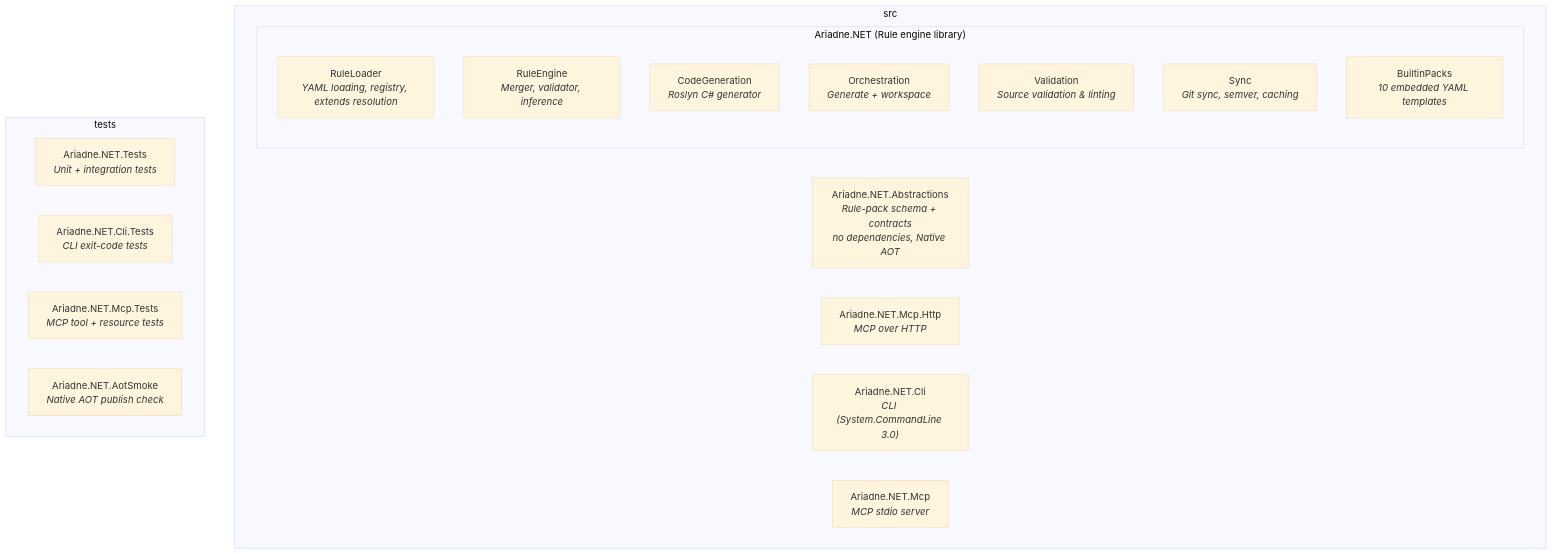
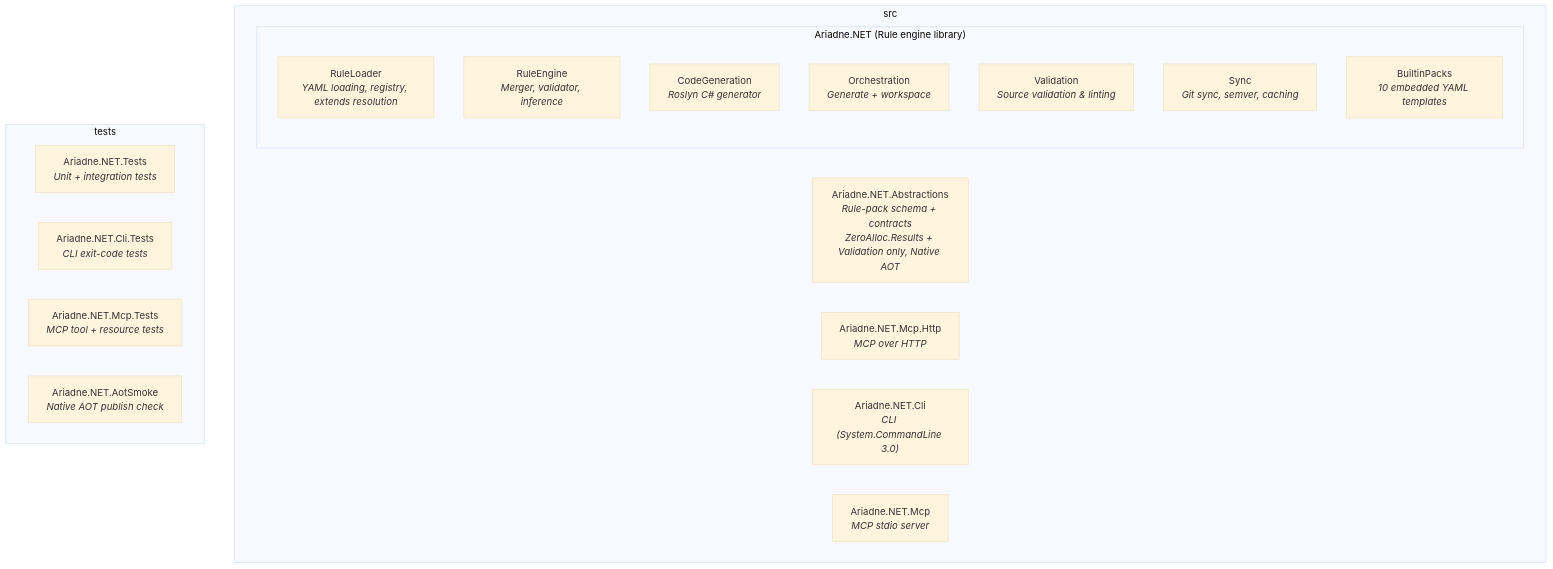
One commit to MarcelRoozekrans/Ariadne.NET changed the first of 4 diagrams in docs-site/docs/how-it-works/02-architecture.md. Above: the diagram before and after it, drawn with Mermaid (base theme). The commit also changed other lines of this file and 10 other files, not shown here.

First line of the commit message:
docs: document Results, ZeroAlloc conventions and deferrals

````diff
--- a/docs-site/docs/how-it-works/02-architecture.md
+++ b/docs-site/docs/how-it-works/02-architecture.md
@@ -9,25 +9,25 @@
 ```mermaid
 graph TD
     subgraph src
-        Abstractions["Ariadne.NET.Abstractions<br/><i>Rule-pack schema + contracts<br/>no dependencies, Native AOT</i>"]
+        Abstractions["Ariadne.NET.Abstractions<br/><i>Rule-pack schema + contracts<br/>ZeroAlloc.Results + Validation only, Native AOT</i>"]
         subgraph Ariadne.NET["Ariadne.NET (Rule engine library)"]
             RuleLoader["RuleLoader<br/><i>YAML loading, registry, extends resolution</i>"]
             RuleEngine["RuleEngine<br/><i>Merger, validator, inference</i>"]
             CodeGeneration["CodeGeneration<br/><i>Roslyn C# generator</i>"]
             Orchestration["Orchestration<br/><i>Generate + workspace</i>"]
             Validation["Validation<br/><i>Source validation & linting</i>"]
             Sync["Sync<br/><i>Git sync, semver, caching</i>"]
             BuiltinPacks["BuiltinPacks<br/><i>10 embedded YAML templates</i>"]
         end
         HostApi["Ariadne.NET.Mcp.Http<br/><i>MCP over HTTP</i>"]
         HostCli["Ariadne.NET.Cli<br/><i>CLI (System.CommandLine 3.0)</i>"]
         HostMcp["Ariadne.NET.Mcp<br/><i>MCP stdio server</i>"]
     end
 
     subgraph tests
         CoreTests["Ariadne.NET.Tests<br/><i>Unit + integration tests</i>"]
         CliTests["Ariadne.NET.Cli.Tests<br/><i>CLI exit-code tests</i>"]
         McpTests["Ariadne.NET.Mcp.Tests<br/><i>MCP tool + resource tests</i>"]
         AotSmoke["Ariadne.NET.AotSmoke<br/><i>Native AOT publish check</i>"]
     end
 ```
````
